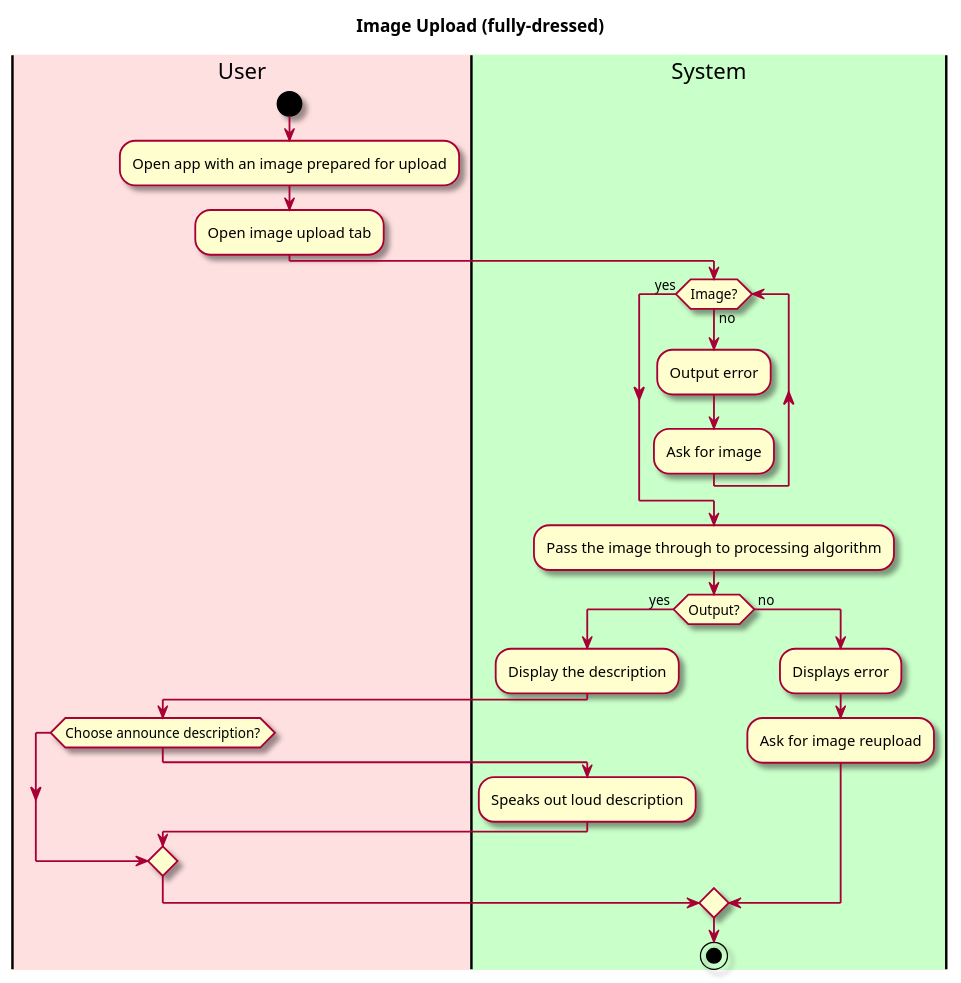
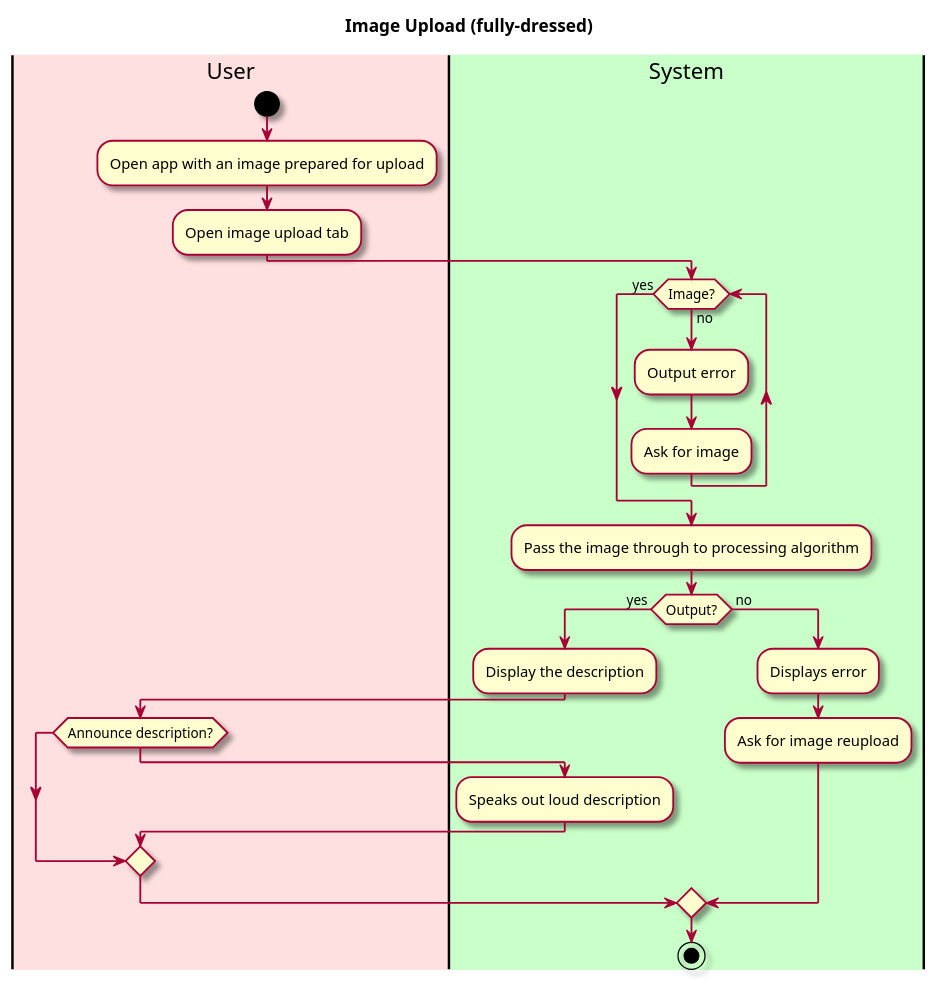
Before and after one commit to tonyh1306/OBRE-Vision-through-a-screen: the diagram in intellij/doc/use-cases/process-image.md, drawn with PlantUML. The commit also changed other lines of this file and 4 other files, not shown here.

````diff
--- a/intellij/doc/use-cases/process-image.md
+++ b/intellij/doc/use-cases/process-image.md
@@ -35,38 +36,38 @@
 ```plantuml
 @startuml
 
 skin rose
 
 title Image Upload (fully-dressed)
 
 'define the lanes
 |#implementation|User|
 |#technology|System|
 
 |User|
 start
 :Open app with an image prepared for upload;
 :Open image upload tab;
 
 |System|
 while (Image?) is (no) 
   :Output error;
   :Ask for image;  
 endwhile(yes)
 
 :Pass the image through to processing algorithm;
 if (Output?) is ( yes ) then
     :Display the description;
     
     |User|
-    if (Choose announce description?) then
+    if (Announce description?) then
     |System|
     :Speaks out loud description;
     endif
 else ( no )
 :Displays error;
 :Ask for image reupload;
 endif
 stop
 @enduml
 ```
````
